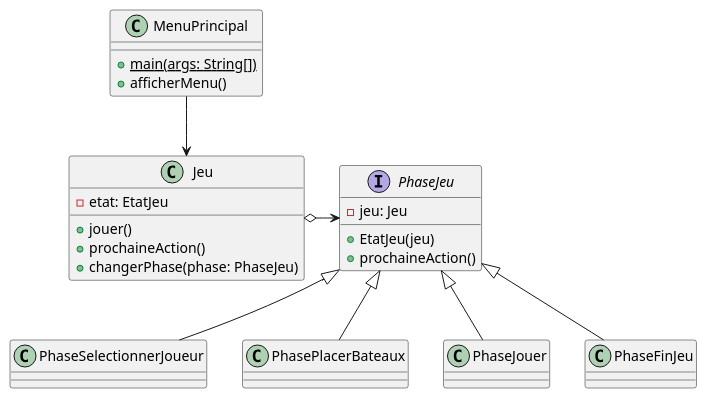
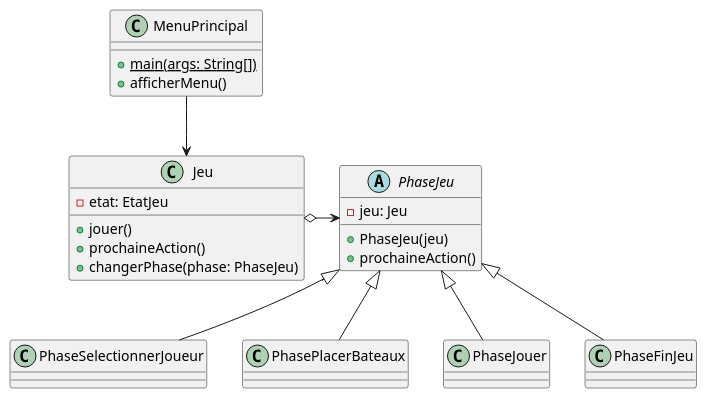
Before and after one commit to Patroklos99/5153_TP2-Battleship-AI-Pattern-Conception_Engineering2: the diagram in diagrammes_conception/diagrammes_patrons/classes_état.puml, drawn with PlantUML. The commit also changed 8 other files, not shown here.

```diff
--- a/diagrammes_conception/diagrammes_patrons/classes_état.puml
+++ b/diagrammes_conception/diagrammes_patrons/classes_état.puml
@@ -1,38 +1,38 @@
 @startuml
 class MenuPrincipal{
     + {static} main(args: String[])
     + afficherMenu()
 }
 
 class Jeu {
     - etat: EtatJeu
     + jouer()
     + prochaineAction()
     + changerPhase(phase: PhaseJeu)
 }
 
-interface PhaseJeu {
+abstract PhaseJeu {
     - jeu: Jeu
-    + EtatJeu(jeu)
+    + PhaseJeu(jeu)
     + prochaineAction()
 }
 
 class PhaseSelectionnerJoueur {}
 
 class PhasePlacerBateaux {}
 
 class PhaseJouer {}
 
 class PhaseFinJeu {}
 
 
 PhaseJeu <-left-o Jeu
 
 PhaseSelectionnerJoueur -up-|> PhaseJeu
 PhasePlacerBateaux -up-|> PhaseJeu
 PhaseJouer -up-|> PhaseJeu
 PhaseFinJeu -up-|> PhaseJeu
 
 MenuPrincipal --> Jeu
 
 @enduml
```
